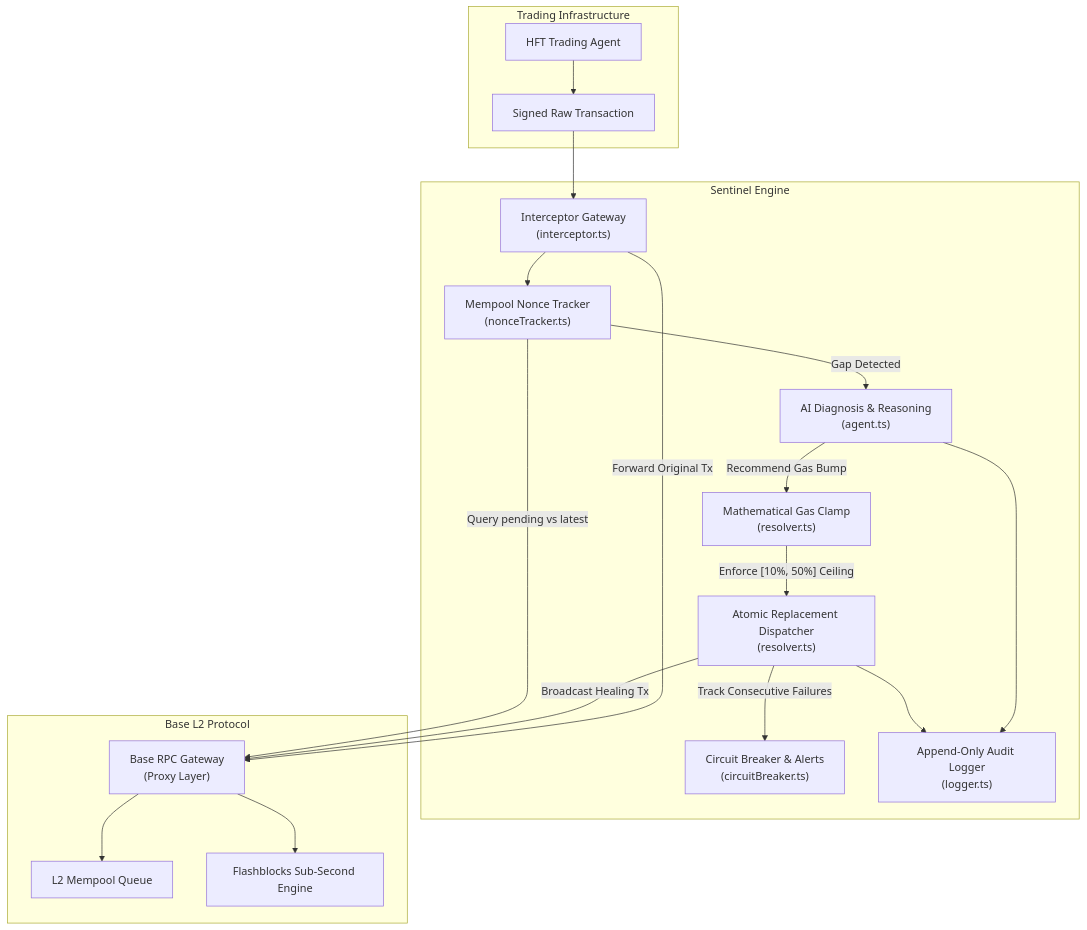
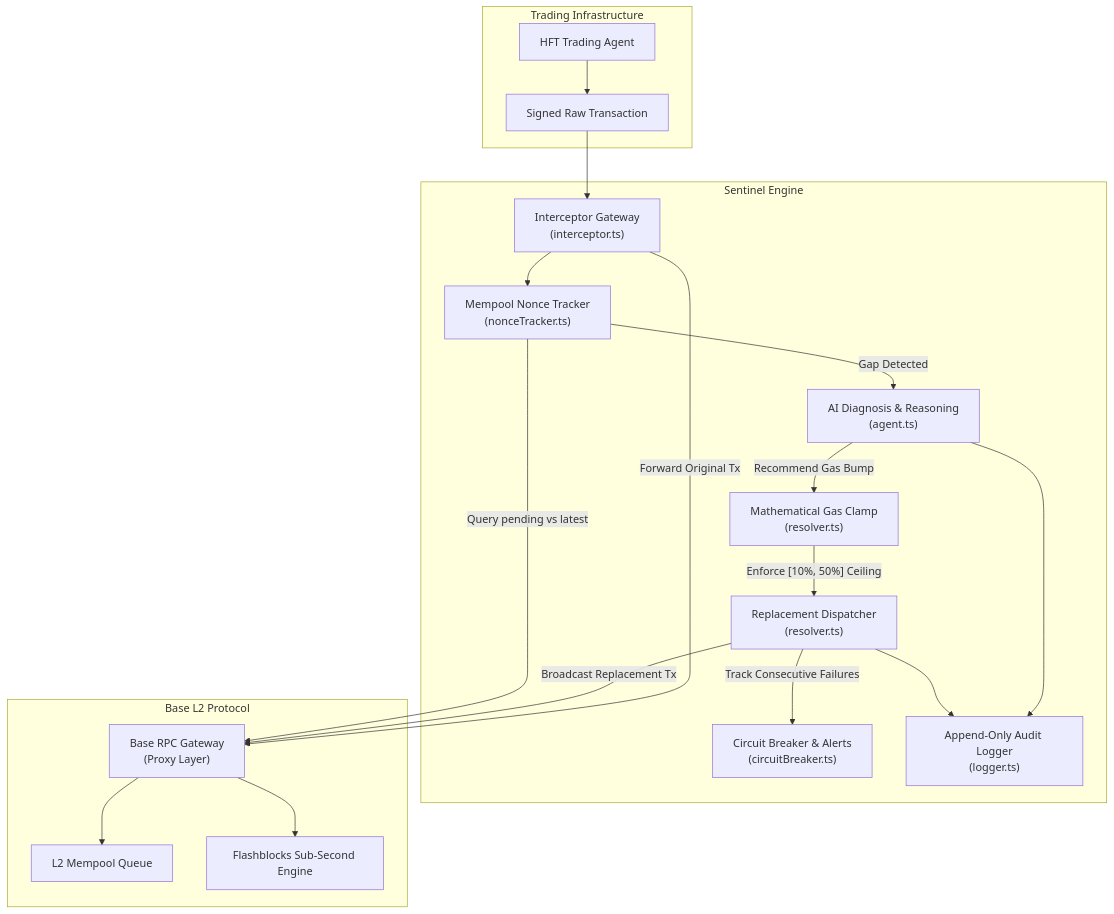
The first of 3 diagrams in README.md (midexol/Sentinel), drawn with Mermaid before and after one commit. The commit also changed other lines of this file and 27 other files, not shown here.

````diff
--- a/README.md
+++ b/README.md
@@ -76,38 +80,38 @@
 ```mermaid
 flowchart TD
     subgraph BotLayer["Trading Infrastructure"]
         Bot["HFT Trading Agent"]
         SignedTx["Signed Raw Transaction"]
     end
 
     subgraph SentinelCore["Sentinel Engine"]
         Interceptor["Interceptor Gateway\n(interceptor.ts)"]
         Tracker["Mempool Nonce Tracker\n(nonceTracker.ts)"]
         Diagnosis["AI Diagnosis & Reasoning\n(agent.ts)"]
         SafetyClamp["Mathematical Gas Clamp\n(resolver.ts)"]
-        Resolver["Atomic Replacement Dispatcher\n(resolver.ts)"]
+        Resolver["Replacement Dispatcher\n(resolver.ts)"]
         Breaker["Circuit Breaker & Alerts\n(circuitBreaker.ts)"]
         Audit["Append-Only Audit Logger\n(logger.ts)"]
     end
 
     subgraph NetworkLayer["Base L2 Protocol"]
         RPC["Base RPC Gateway\n(Proxy Layer)"]
         Mempool["L2 Mempool Queue"]
         Flashblocks["Flashblocks Sub-Second Engine"]
     end
 
     Bot --> SignedTx
     SignedTx --> Interceptor
     Interceptor --> Tracker
     Tracker -->|"Query pending vs latest"| RPC
     RPC --> Flashblocks
     Tracker -->|"Gap Detected"| Diagnosis
     Diagnosis -->|"Recommend Gas Bump"| SafetyClamp
     SafetyClamp -->|"Enforce [10%, 50%] Ceiling"| Resolver
-    Resolver -->|"Broadcast Healing Tx"| RPC
+    Resolver -->|"Broadcast Replacement Tx"| RPC
     Resolver --> Audit
     Diagnosis --> Audit
     Resolver -->|"Track Consecutive Failures"| Breaker
     Interceptor -->|"Forward Original Tx"| RPC
     RPC --> Mempool
 ```
````
